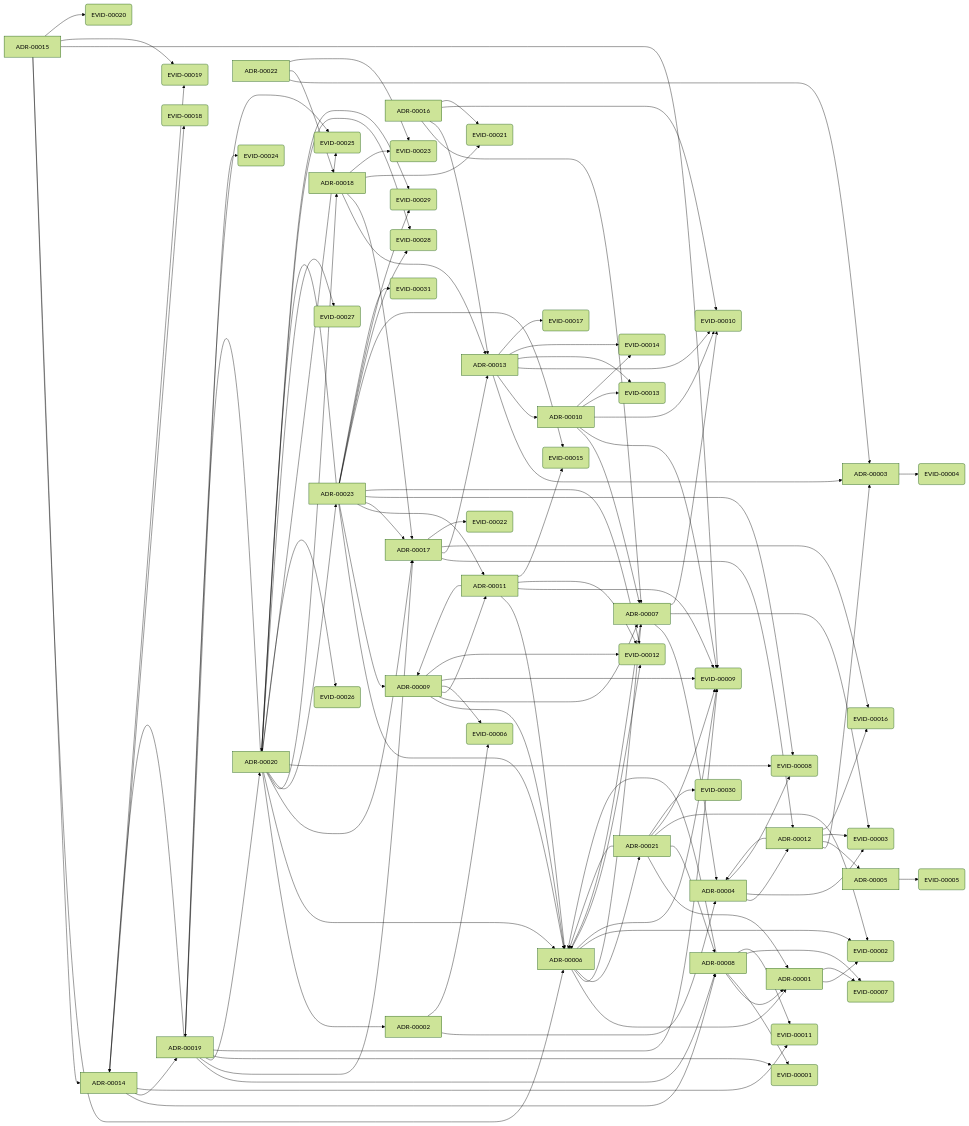
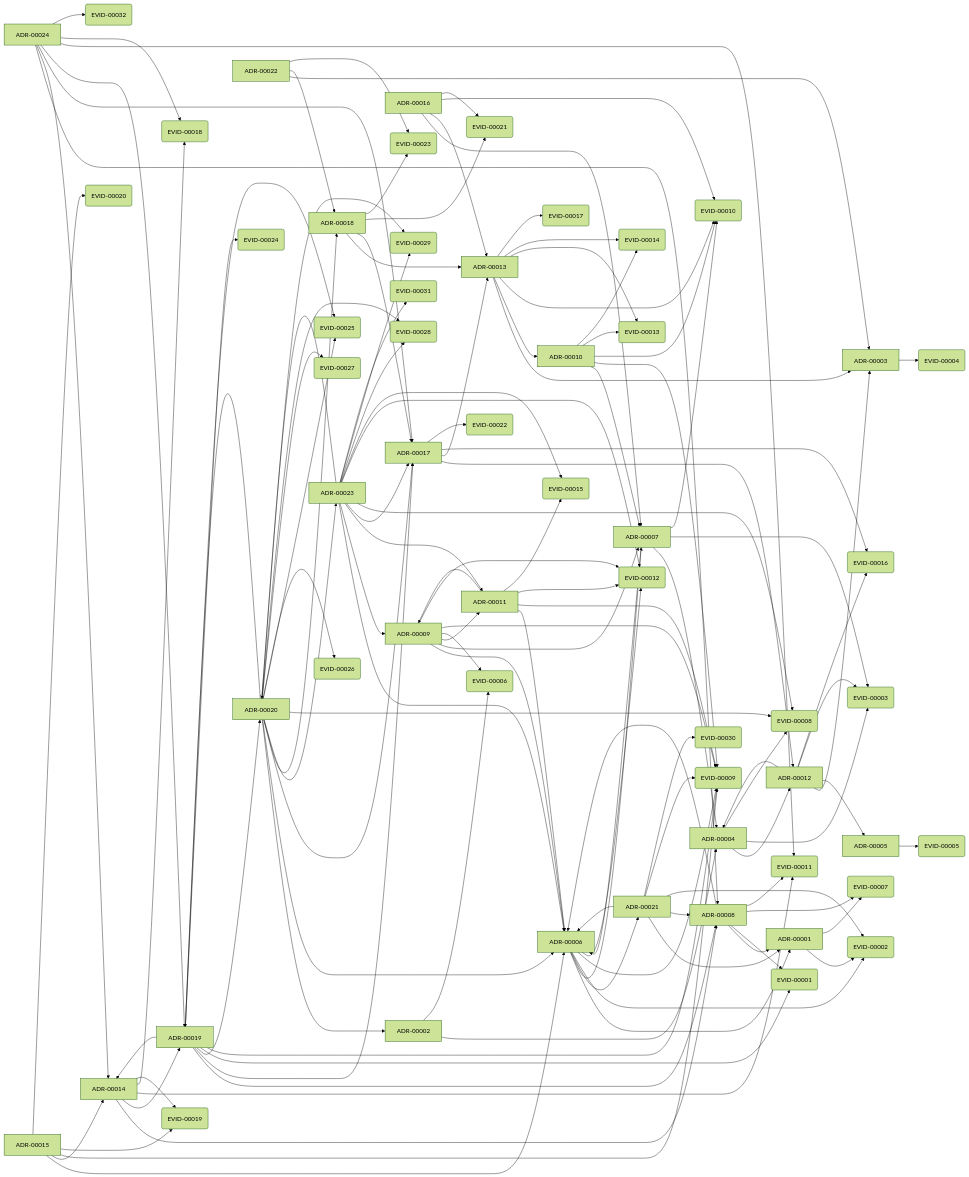
Before and after one commit to TeramachiShunsuke/aidd: the diagram in GRAPH.md, drawn with Mermaid (forest theme). The commit also changed other lines of this file and 17 other files, not shown here.

Commit message:
PB-00020 / ADR-00024 / EVID-00032 v1: PdO 設計→受け入れ条件ワークフロー（draft）と ledger の 3 桁重複整理

````diff
--- a/GRAPH.md
+++ b/GRAPH.md
@@ -57,6 +57,7 @@
   ADR_00021[ADR-00021]
   ADR_00022[ADR-00022]
   ADR_00023[ADR-00023]
+  ADR_00024[ADR-00024]
   EVID_00001(EVID-00001)
   EVID_00002(EVID-00002)
   EVID_00003(EVID-00003)
@@ -88,6 +89,7 @@
   EVID_00029(EVID-00029)
   EVID_00030(EVID-00030)
   EVID_00031(EVID-00031)
+  EVID_00032(EVID-00032)
   ADR_00001 --> EVID_00002
   ADR_00001 --> EVID_00007
   ADR_00002 --> ADR_00004
@@ -201,4 +203,11 @@
   ADR_00023 --> EVID_00028
   ADR_00023 --> EVID_00029
   ADR_00023 --> EVID_00031
+  ADR_00024 --> ADR_00008
+  ADR_00024 --> ADR_00014
+  ADR_00024 --> ADR_00017
+  ADR_00024 --> ADR_00019
+  ADR_00024 --> EVID_00011
+  ADR_00024 --> EVID_00018
+  ADR_00024 --> EVID_00032
 ```
````
